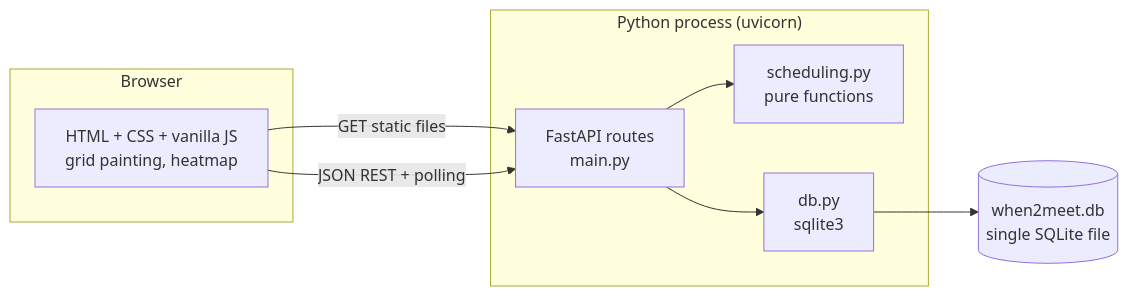
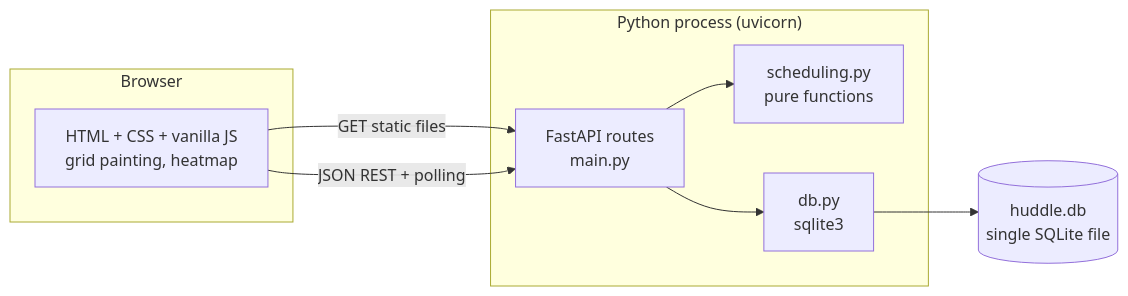
One commit to wi11song/huddle-app-lite changed the diagram in README.md. Above: the diagram before and after it, drawn with Mermaid. The commit also changed 1 other file, not shown here.

Commit message:
refactor: use huddle.db as the default local database (#3)

````diff
--- a/README.md
+++ b/README.md
@@ -30,18 +30,18 @@
 ```mermaid
 flowchart LR
     subgraph Browser
         UI[HTML + CSS + vanilla JS<br/>grid painting, heatmap]
     end
     subgraph "Python process (uvicorn)"
         API[FastAPI routes<br/>main.py]
         SCHED[scheduling.py<br/>pure functions]
         DBL[db.py<br/>sqlite3]
     end
-    FILE[(when2meet.db<br/>single SQLite file)]
+    FILE[(huddle.db<br/>single SQLite file)]
 
     UI -- "GET static files" --> API
     UI -- "JSON REST + polling" --> API
     API --> SCHED
     API --> DBL
     DBL --> FILE
 ```
````
